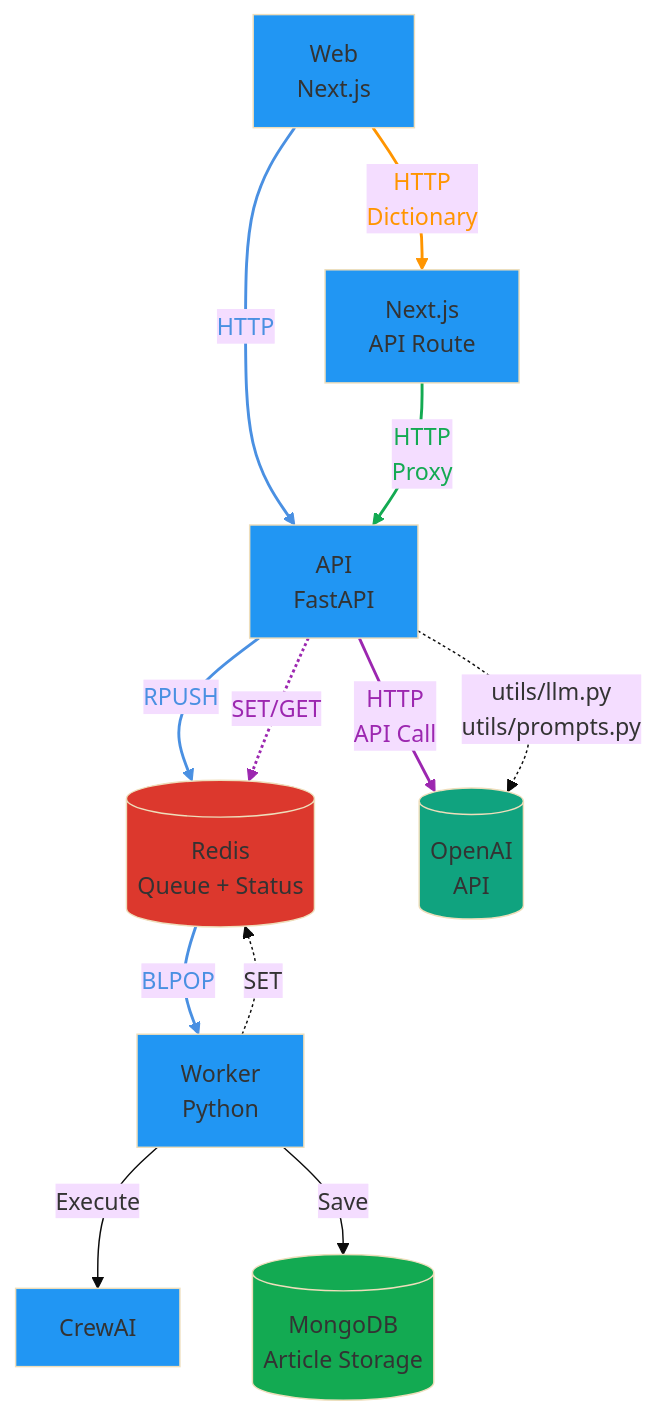
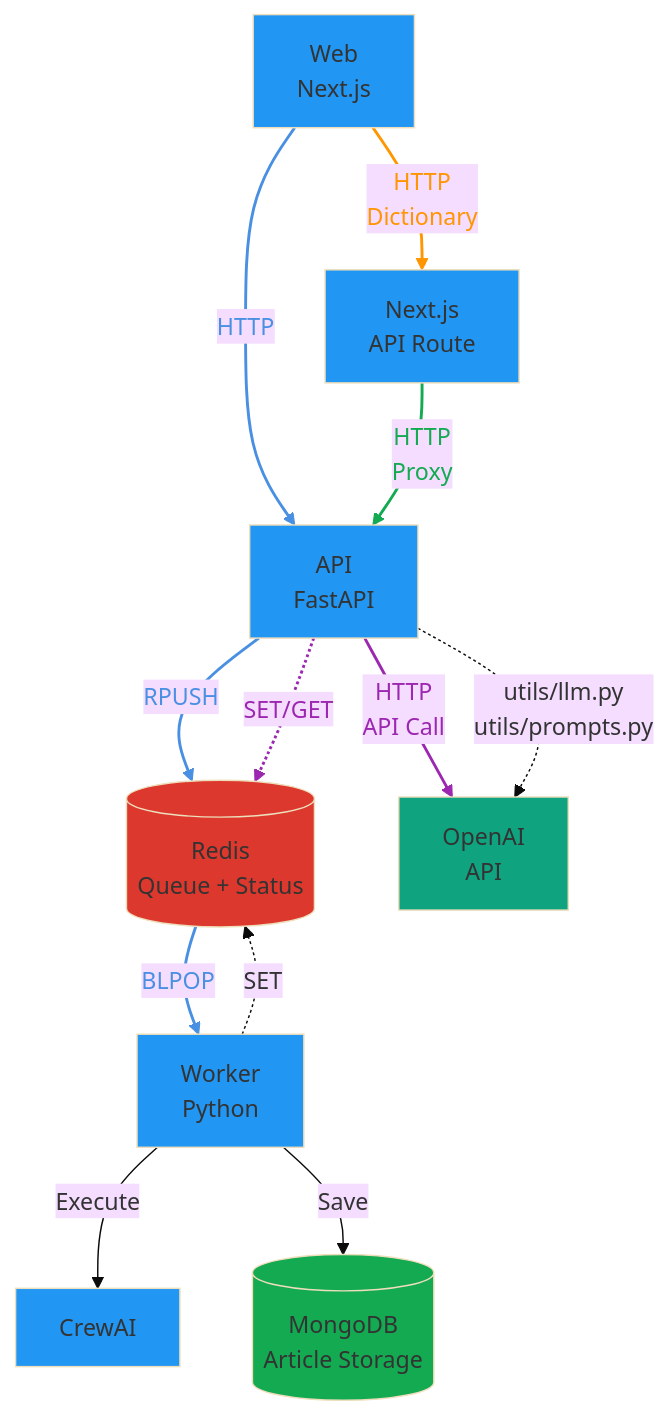
Before and after one commit to seung-gu/opad: the first of 3 diagrams in ARCHITECTURE.md, drawn with Mermaid (base theme). The commit also changed other lines of this file, not shown here.

````diff
--- a/ARCHITECTURE.md
+++ b/ARCHITECTURE.md
@@ -46,34 +46,34 @@
 ```mermaid
 graph TB
     Web[Web<br/>Next.js] -->|HTTP| API[API<br/>FastAPI]
     API -->|RPUSH| Redis[(Redis<br/>Queue + Status)]
     Redis -->|BLPOP| Worker[Worker<br/>Python]
     Worker -->|Execute| CrewAI[CrewAI]
     Worker -->|Save| MongoDB[(MongoDB<br/>Article Storage)]
     
     Web -->|HTTP<br/>Dictionary| NextAPI[Next.js<br/>API Route]
     NextAPI -->|HTTP<br/>Proxy| API
-    API -->|HTTP<br/>API Call| OpenAI[(OpenAI<br/>API)]
+    API -->|HTTP<br/>API Call| OpenAI[OpenAI<br/>API]
     
     API -.->|SET/GET| Redis
     Worker -.->|SET| Redis
     
     API -.->|utils/llm.py<br/>utils/prompts.py| OpenAI
     
     style Web fill:#2196F3
     style NextAPI fill:#2196F3
     style API fill:#2196F3
     style Worker fill:#2196F3
     style CrewAI fill:#2196F3
     style Redis fill:#dc382d
     style MongoDB fill:#13aa52
     style OpenAI fill:#10a37f
     
     linkStyle 0 stroke:#4a90e2,stroke-width:2px,color:#4a90e2
     linkStyle 1 stroke:#4a90e2,stroke-width:2px,color:#4a90e2
     linkStyle 2 stroke:#4a90e2,stroke-width:2px,color:#4a90e2
     linkStyle 5 stroke:#ff9500,stroke-width:2px,color:#ff9500
     linkStyle 6 stroke:#13aa52,stroke-width:2px,color:#13aa52
     linkStyle 7 stroke:#9c27b0,stroke-width:2px,color:#9c27b0
     linkStyle 8 stroke:#9c27b0,stroke-width:2px,color:#9c27b0
 ```
````
